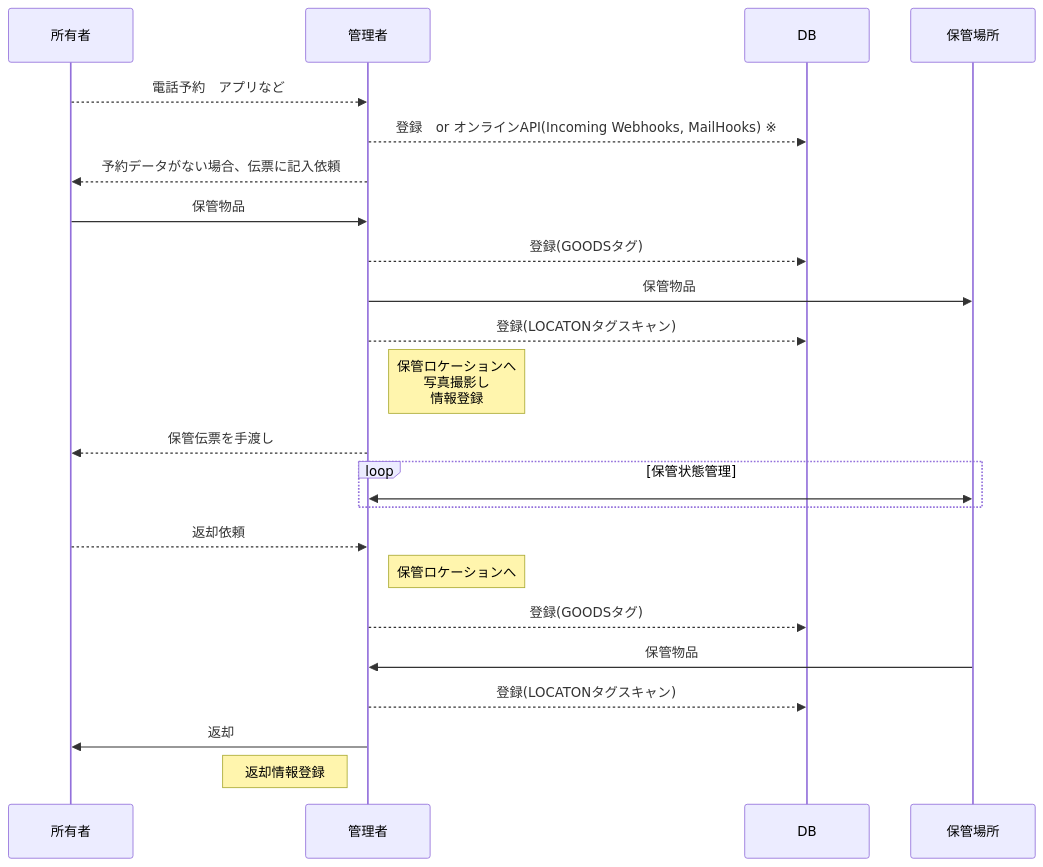
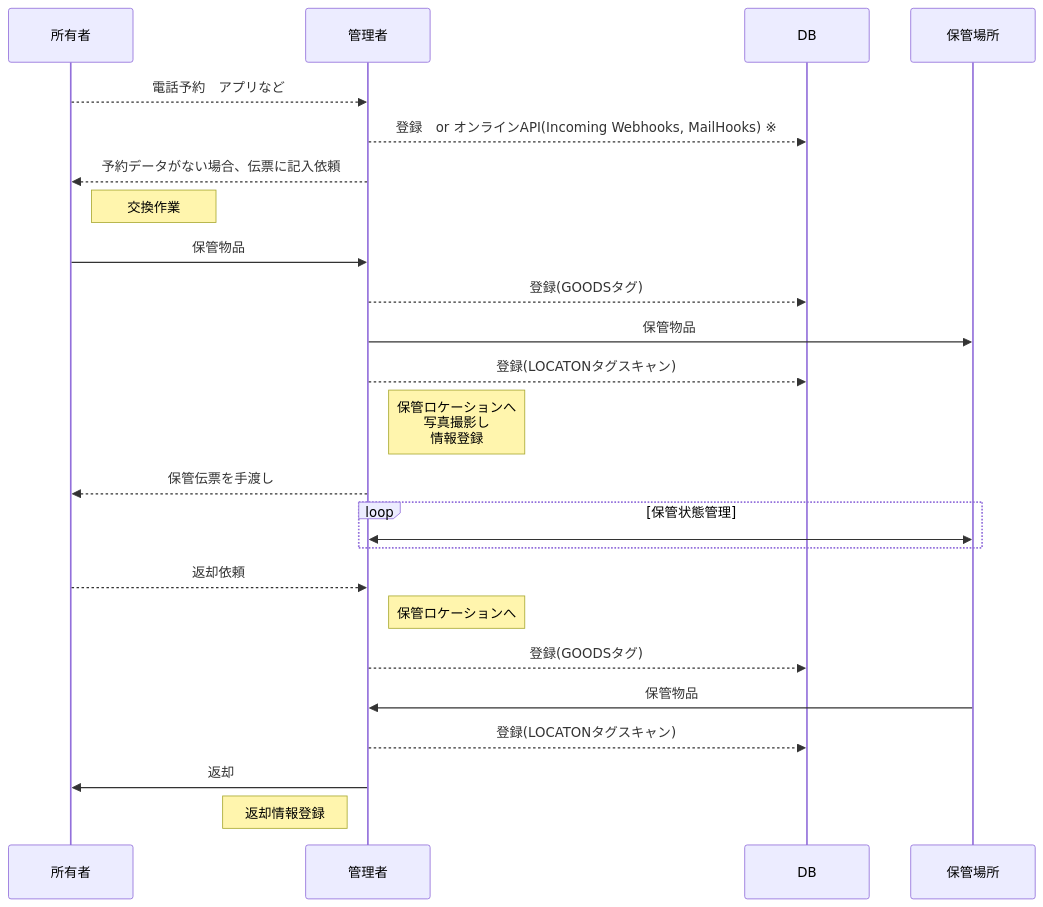
One commit to piot-jp-Team/goods_storage changed the first of 2 diagrams in README.md. Above: the diagram before and after it, drawn with Mermaid.

````diff
--- a/README.md
+++ b/README.md
@@ -11,25 +11,26 @@
 ```mermaid
 sequenceDiagram
     participant 所有者
     participant 管理者
     participant DB
     所有者-->>管理者: 電話予約　アプリなど
     管理者-->>DB: 登録　or オンラインAPI(Incoming Webhooks, MailHooks) ※
     管理者-->>所有者: 予約データがない場合、伝票に記入依頼
+    Note right of 所有者: 交換作業
     所有者->>管理者: 保管物品
     管理者-->>DB: 登録(GOODSタグ)
     管理者->>保管場所: 保管物品
     管理者-->>DB: 登録(LOCATONタグスキャン)
     Note right of 管理者: 保管ロケーションへ <br/>写真撮影し <br/>情報登録
     管理者-->>所有者: 保管伝票を手渡し
     loop 保管状態管理
         管理者<<->>保管場所: 
     end
     所有者-->>管理者: 返却依頼
     Note right of 管理者: 保管ロケーションへ
     管理者-->>DB: 登録(GOODSタグ)
     保管場所->>管理者: 保管物品
     管理者-->>DB: 登録(LOCATONタグスキャン)
     管理者->>所有者: 返却
     Note left of 管理者: 返却情報登録
 ```
````
